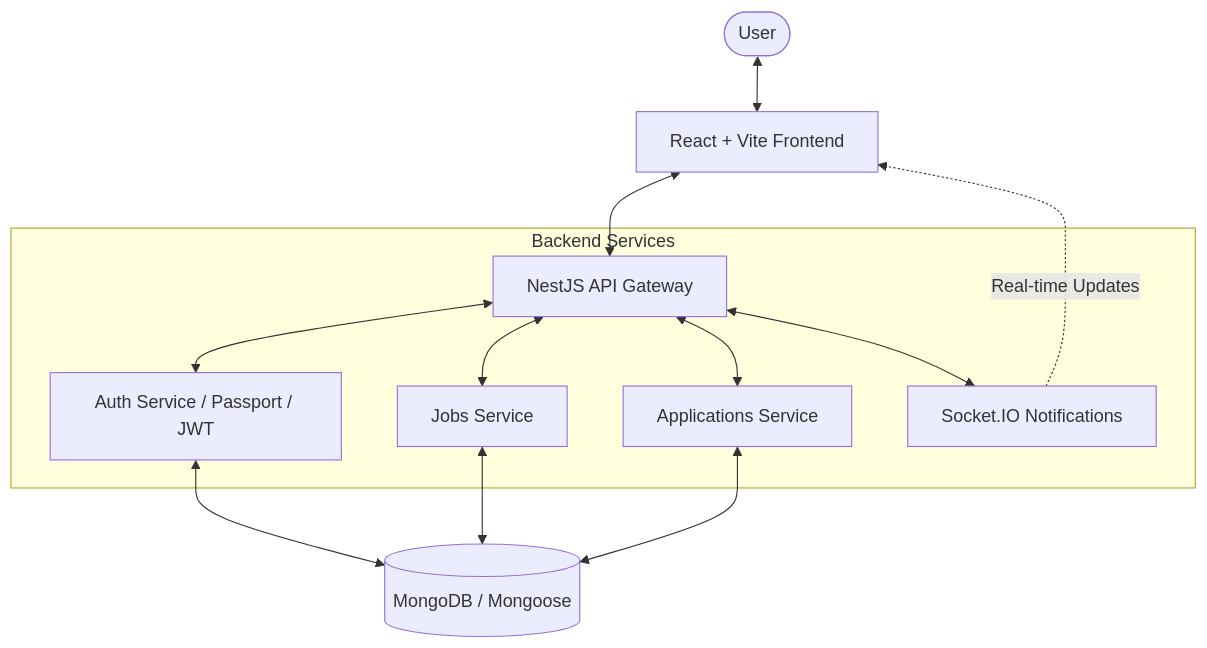
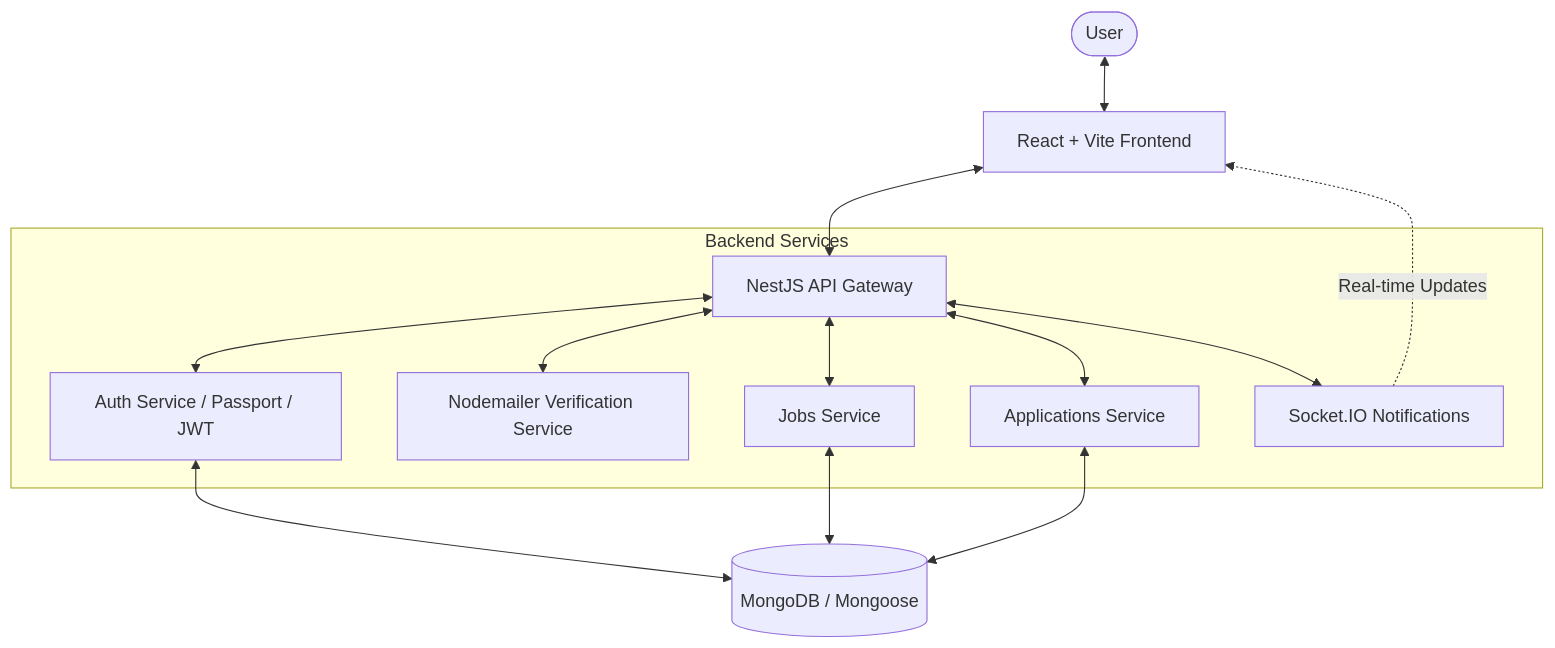
The diagram in README.md (AyaanB24/job-portal-devops), drawn with Mermaid before and after one commit. The commit also changed other lines of this file, not shown here.

Commit message:
docs: update README with email verification and new UI features

````diff
--- a/README.md
+++ b/README.md
@@ -16,18 +16,19 @@
 ```mermaid
 graph TD
     User([User]) <--> Frontend[React + Vite Frontend]
     Frontend <--> API_Gateway[NestJS API Gateway]
     
     subgraph backend [Backend Services]
         API_Gateway <--> Auth[Auth Service / Passport / JWT]
+        API_Gateway <--> Mail[Nodemailer Verification Service]
         API_Gateway <--> Jobs[Jobs Service]
         API_Gateway <--> Apps[Applications Service]
         API_Gateway <--> Notif[Socket.IO Notifications]
     end
     
     Auth <--> DB[(MongoDB / Mongoose)]
     Jobs <--> DB
     Apps <--> DB
     
     Notif -.-> |Real-time Updates| Frontend
 ```
````
